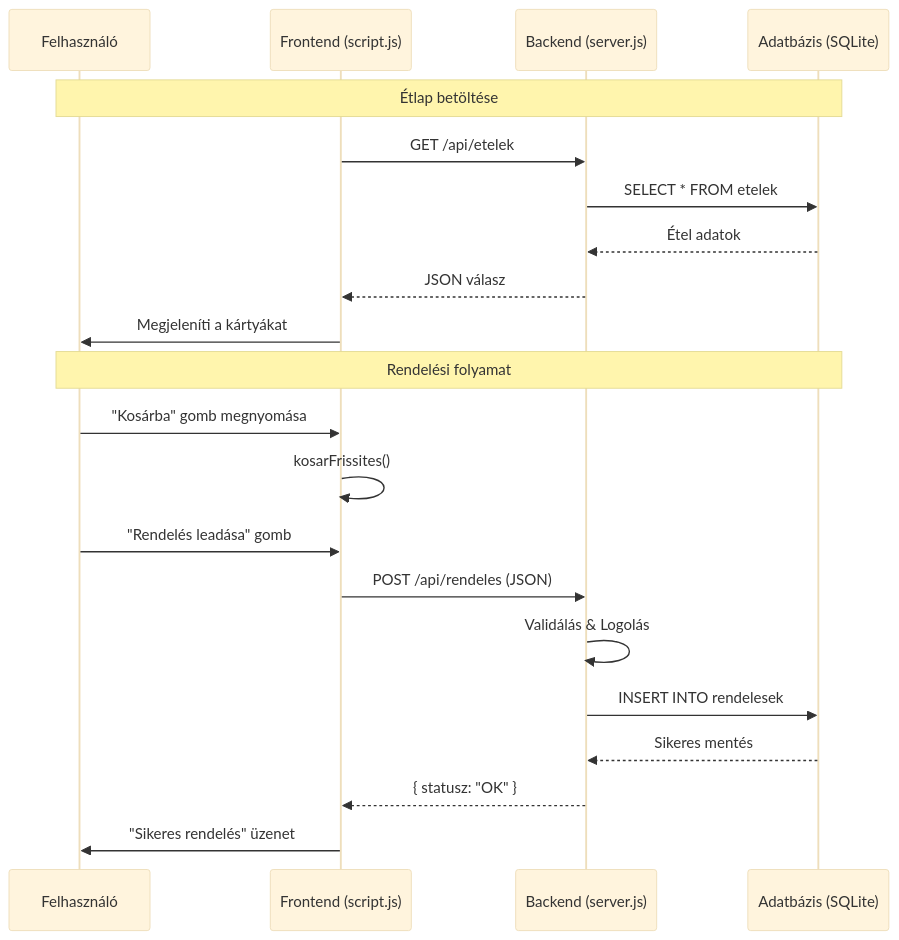
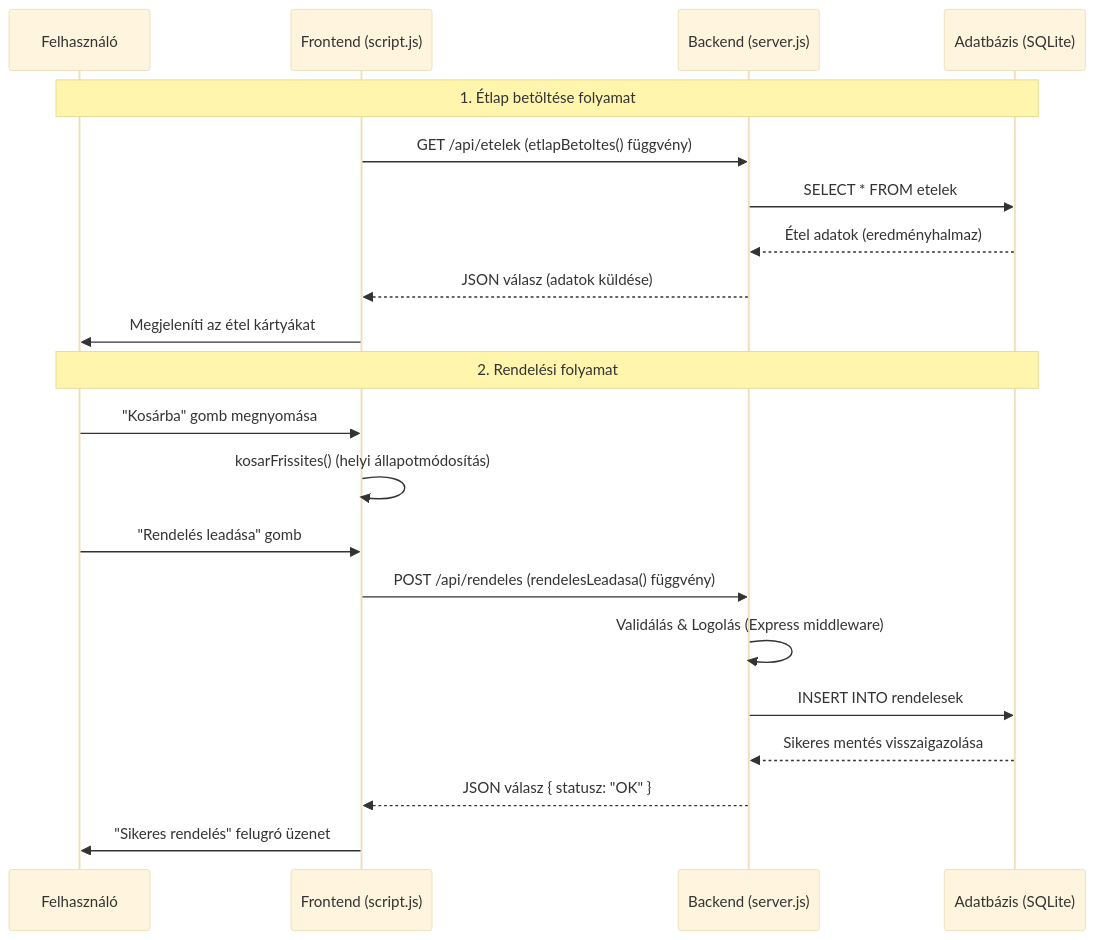
One commit to z0oonv/etelrendelo changed the diagram in README.md. Above: the diagram before and after it, drawn with Mermaid (base theme).

Commit message:
Update sequence diagram in README.md

````diff
--- a/README.md
+++ b/README.md
@@ -22,25 +22,25 @@
 ```mermaid
-sequenceDiagram
+  sequenceDiagram
     participant U as Felhasználó
     participant F as Frontend (script.js)
     participant B as Backend (server.js)
     participant D as Adatbázis (SQLite)
 
-    Note over U,D: Étlap betöltése
-    F->>B: GET /api/etelek
+    Note over U,D: 1. Étlap betöltése folyamat
+    F->>B: GET /api/etelek (etlapBetoltes() függvény)
     B->>D: SELECT * FROM etelek
-    D-->>B: Étel adatok
-    B-->>F: JSON válasz
-    F->>U: Megjeleníti a kártyákat
+    D-->>B: Étel adatok (eredményhalmaz)
+    B-->>F: JSON válasz (adatok küldése)
+    F->>U: Megjeleníti az étel kártyákat
 
-    Note over U,D: Rendelési folyamat
+    Note over U,D: 2. Rendelési folyamat
     U->>F: "Kosárba" gomb megnyomása
-    F->>F: kosarFrissites()
+    F->>F: kosarFrissites() (helyi állapotmódosítás)
     U->>F: "Rendelés leadása" gomb
-    F->>B: POST /api/rendeles (JSON)
-    B->>B: Validálás & Logolás
+    F->>B: POST /api/rendeles (rendelesLeadasa() függvény)
+    B->>B: Validálás & Logolás (Express middleware)
     B->>D: INSERT INTO rendelesek
-    D-->>B: Sikeres mentés
-    B-->>F: { statusz: "OK" }
-    F->>U: "Sikeres rendelés" üzenet
+    D-->>B: Sikeres mentés visszaigazolása
+    B-->>F: JSON válasz { statusz: "OK" }
+    F->>U: "Sikeres rendelés" felugró üzenet
 ```
````
